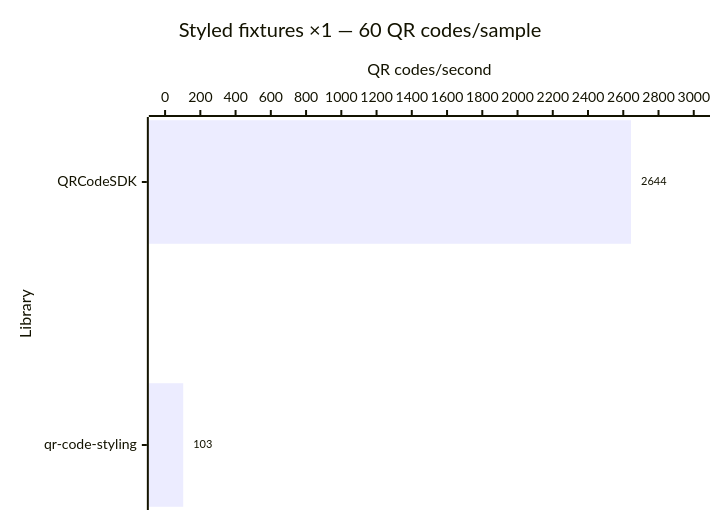
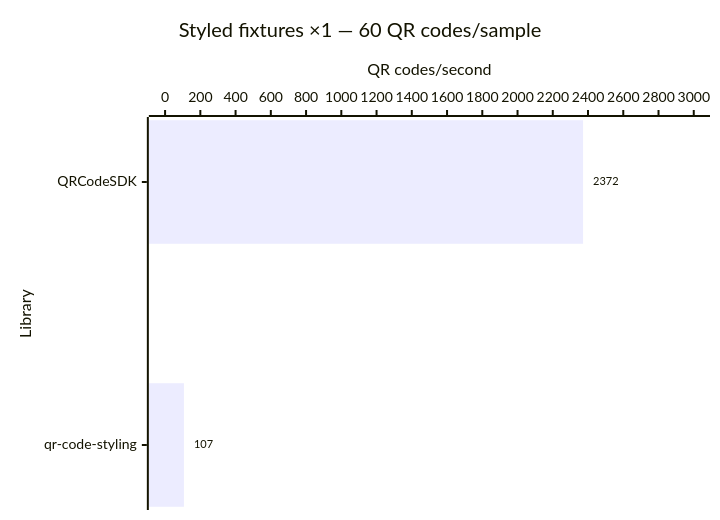
Before and after one commit to Dafnik/qrcodesdk: diagram 12 of 14 in apps/docs/src/content/docs/learn/performance.md, drawn with Mermaid. The commit also changed other lines of this file and 381 other files, not shown here.

````diff
--- a/apps/docs/src/content/docs/learn/performance.md
+++ b/apps/docs/src/content/docs/learn/performance.md
@@ -268,15 +268,15 @@
 ```mermaid
 ---
 config:
   xyChart:
     showDataLabel: true
     showDataLabelOutsideBar: true
 ---
 xychart horizontal
   accTitle: Styled SVG generation: Styled fixtures ×1 — 60 QR codes/sample
-  accDescr: Throughput calculated from median time. QRCodeSDK 2,644 QR codes per second, qr-code-styling 103 QR codes per second. Higher is better.
+  accDescr: Throughput calculated from median time. QRCodeSDK 2,372 QR codes per second, qr-code-styling 107 QR codes per second. Higher is better.
   title "Styled fixtures ×1 — 60 QR codes/sample"
   x-axis "Library" ["QRCodeSDK", "qr-code-styling"]
   y-axis "QR codes/second" 0 --> 3000
-  bar [2644, 103]
+  bar [2372, 107]
 ```
````
